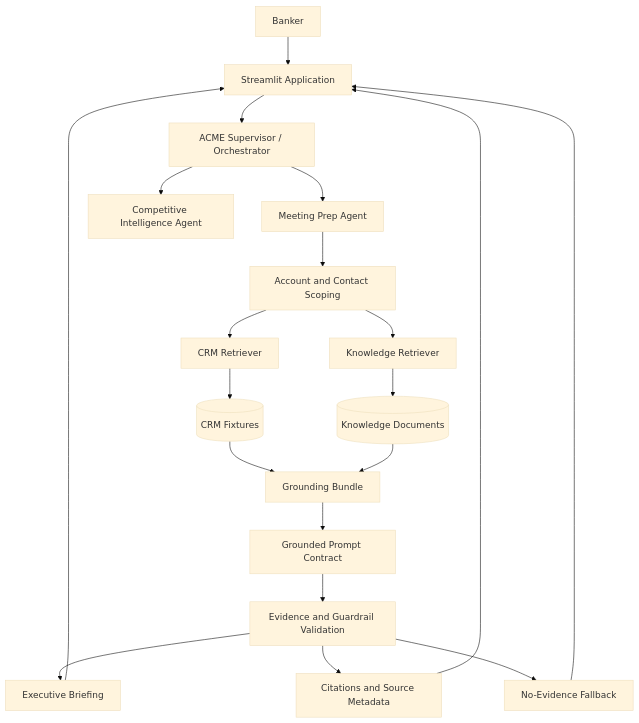
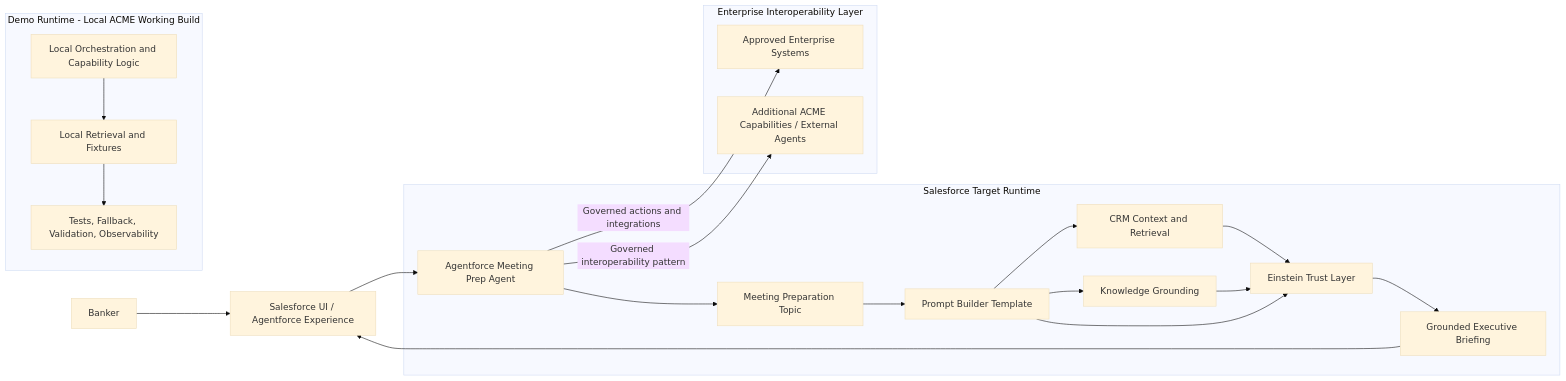
The diagram in docs/architecture/architecture-diagram.md (anapaulacossichofficial/Investment_Banking-ACME), drawn with Mermaid (base theme) before and after one commit. The commit also changed other lines of this file and 5 other files, not shown here.

Commit message:
Add Front 3 architecture documentation for v.0.7.1

````diff
--- a/docs/architecture/architecture-diagram.md
+++ b/docs/architecture/architecture-diagram.md
@@ -5,29 +3,43 @@
 ```mermaid
-flowchart TD
-    User[Banker] --> UI[Streamlit Application]
-    UI --> Supervisor[ACME Supervisor / Orchestrator]
+flowchart LR
+    Banker[Banker] --> UX[Salesforce UI / Agentforce Experience]
 
-    Supervisor --> MeetingPrep[Meeting Prep Agent]
-    Supervisor --> Competitive[Competitive Intelligence Agent]
+    subgraph SF[Salesforce Target Runtime]
+        Agent[Agentforce Meeting Prep Agent]
+        Topic[Meeting Preparation Topic]
+        Prompt[Prompt Builder Template]
+        CRM[CRM Context and Retrieval]
+        Know[Knowledge Grounding]
+        Trust[Einstein Trust Layer]
+        Brief[Grounded Executive Briefing]
 
-    MeetingPrep --> Scope[Account and Contact Scoping]
-    Scope --> CRM[CRM Retriever]
-    Scope --> Knowledge[Knowledge Retriever]
+        Agent --> Topic
+        Topic --> Prompt
+        Prompt --> CRM
+        Prompt --> Know
+        CRM --> Trust
+        Know --> Trust
+        Prompt --> Trust
+        Trust --> Brief
+    end
 
-    CRM --> CRMData[(CRM Fixtures)]
-    Knowledge --> Docs[(Knowledge Documents)]
+    UX --> Agent
+    Brief --> UX
 
-    CRMData --> Evidence[Grounding Bundle]
-    Docs --> Evidence
+    subgraph Demo[Demo Runtime - Local ACME Working Build]
+        LocalOrch[Local Orchestration and Capability Logic]
+        LocalRet[Local Retrieval and Fixtures]
+        LocalTests[Tests, Fallback, Validation, Observability]
+    end
 
-    Evidence --> Prompt[Grounded Prompt Contract]
-    Prompt --> Validation[Evidence and Guardrail Validation]
+    LocalOrch --> LocalRet
+    LocalRet --> LocalTests
 
-    Validation --> Output[Executive Briefing]
-    Validation --> Sources[Citations and Source Metadata]
-    Validation --> Fallback[No-Evidence Fallback]
+    subgraph Enterprise[Enterprise Interoperability Layer]
+        Systems[Approved Enterprise Systems]
+        ExtCaps[Additional ACME Capabilities / External Agents]
+    end
 
-    Output --> UI
-    Sources --> UI
-    Fallback --> UI
+    Agent -->|Governed actions and integrations| Systems
+    Agent -->|Governed interoperability pattern| ExtCaps
 ```
````
